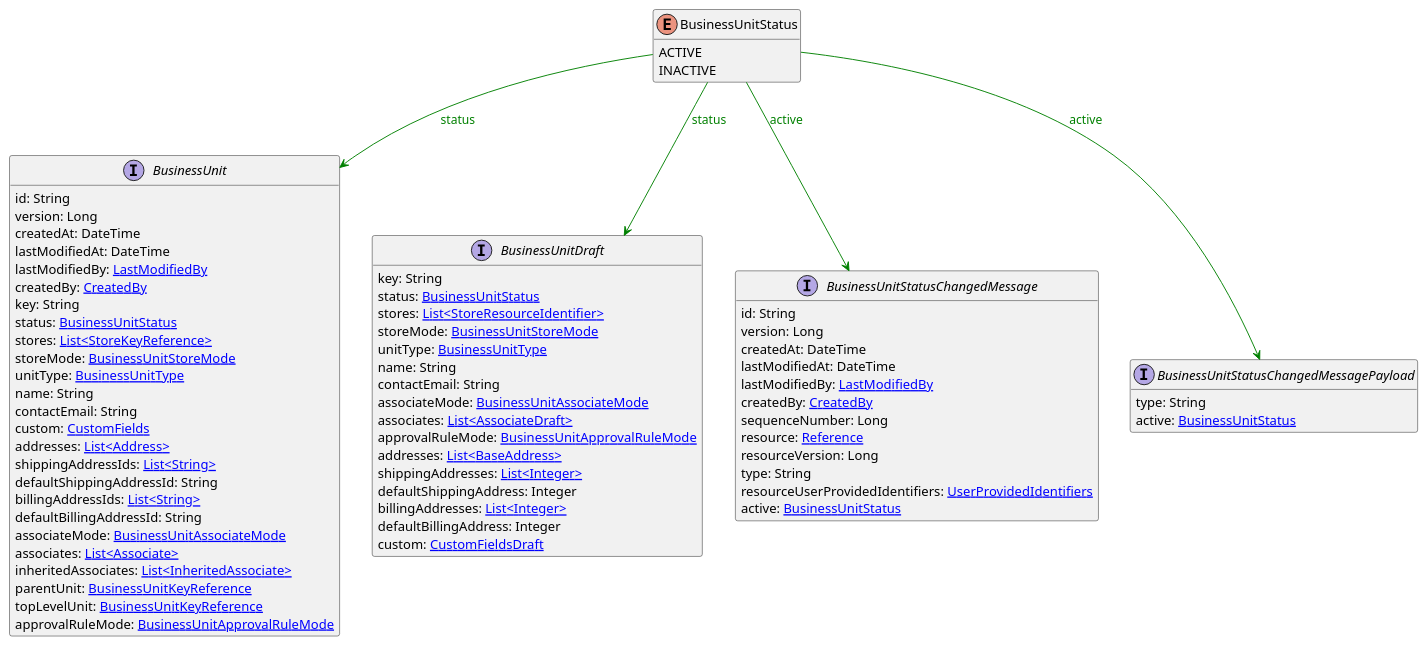
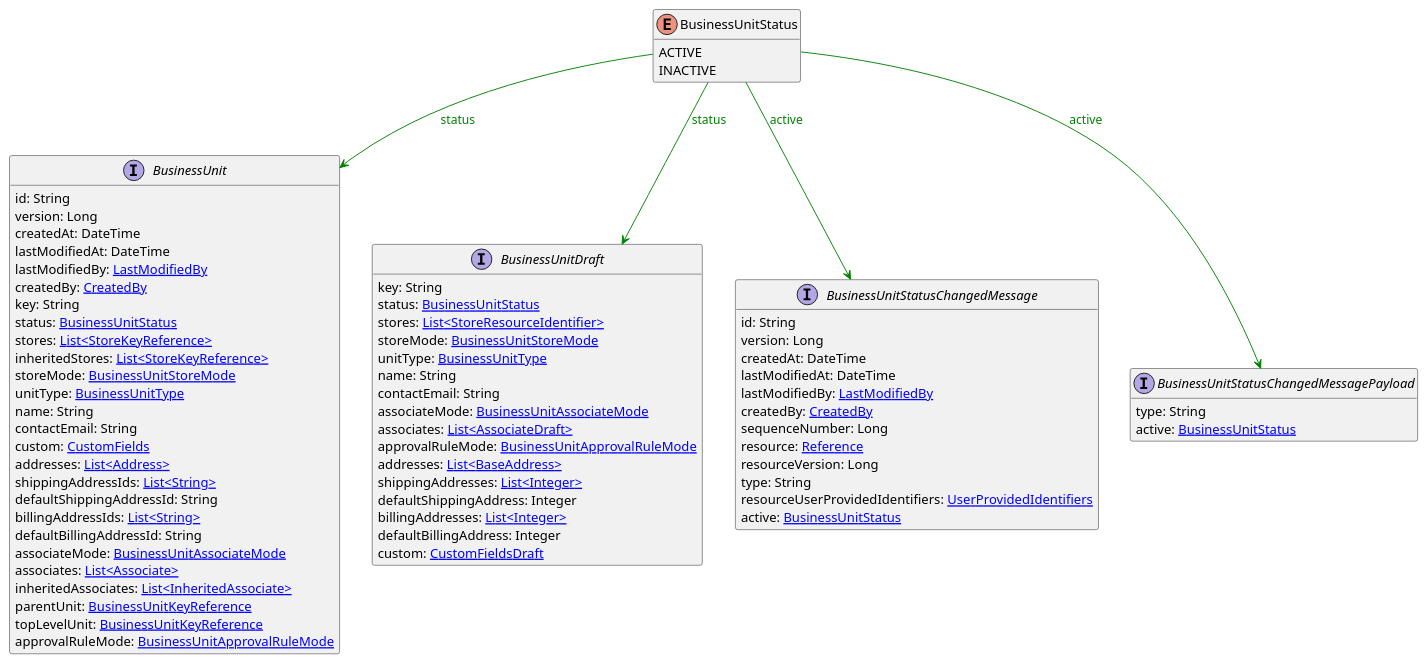
The diagram in uml/api/BusinessUnitStatus.puml (commercetools/commercetools-api-reference), drawn with PlantUML before and after one commit. The commit also changed 2009 other files, not shown here.

```diff
--- a/uml/api/BusinessUnitStatus.puml
+++ b/uml/api/BusinessUnitStatus.puml
@@ -1,75 +1,76 @@
 @startuml
 
 hide methods
 enum BusinessUnitStatus {
     ACTIVE
     INACTIVE
 }
 interface BusinessUnit [[BusinessUnit.svg]]  {
     id: String
     version: Long
     createdAt: DateTime
     lastModifiedAt: DateTime
     lastModifiedBy: [[LastModifiedBy.svg LastModifiedBy]]
     createdBy: [[CreatedBy.svg CreatedBy]]
     key: String
     status: [[BusinessUnitStatus.svg BusinessUnitStatus]]
     stores: [[StoreKeyReference.svg List<StoreKeyReference>]]
+    inheritedStores: [[StoreKeyReference.svg List<StoreKeyReference>]]
     storeMode: [[BusinessUnitStoreMode.svg BusinessUnitStoreMode]]
     unitType: [[BusinessUnitType.svg BusinessUnitType]]
     name: String
     contactEmail: String
     custom: [[CustomFields.svg CustomFields]]
     addresses: [[Address.svg List<Address>]]
     shippingAddressIds: [[String.svg List<String>]]
     defaultShippingAddressId: String
     billingAddressIds: [[String.svg List<String>]]
     defaultBillingAddressId: String
     associateMode: [[BusinessUnitAssociateMode.svg BusinessUnitAssociateMode]]
     associates: [[Associate.svg List<Associate>]]
     inheritedAssociates: [[InheritedAssociate.svg List<InheritedAssociate>]]
     parentUnit: [[BusinessUnitKeyReference.svg BusinessUnitKeyReference]]
     topLevelUnit: [[BusinessUnitKeyReference.svg BusinessUnitKeyReference]]
     approvalRuleMode: [[BusinessUnitApprovalRuleMode.svg BusinessUnitApprovalRuleMode]]
 }
 interface BusinessUnitDraft [[BusinessUnitDraft.svg]]  {
     key: String
     status: [[BusinessUnitStatus.svg BusinessUnitStatus]]
     stores: [[StoreResourceIdentifier.svg List<StoreResourceIdentifier>]]
     storeMode: [[BusinessUnitStoreMode.svg BusinessUnitStoreMode]]
     unitType: [[BusinessUnitType.svg BusinessUnitType]]
     name: String
     contactEmail: String
     associateMode: [[BusinessUnitAssociateMode.svg BusinessUnitAssociateMode]]
     associates: [[AssociateDraft.svg List<AssociateDraft>]]
     approvalRuleMode: [[BusinessUnitApprovalRuleMode.svg BusinessUnitApprovalRuleMode]]
     addresses: [[BaseAddress.svg List<BaseAddress>]]
     shippingAddresses: [[Integer.svg List<Integer>]]
     defaultShippingAddress: Integer
     billingAddresses: [[Integer.svg List<Integer>]]
     defaultBillingAddress: Integer
     custom: [[CustomFieldsDraft.svg CustomFieldsDraft]]
 }
 interface BusinessUnitStatusChangedMessage [[BusinessUnitStatusChangedMessage.svg]]  {
     id: String
     version: Long
     createdAt: DateTime
     lastModifiedAt: DateTime
     lastModifiedBy: [[LastModifiedBy.svg LastModifiedBy]]
     createdBy: [[CreatedBy.svg CreatedBy]]
     sequenceNumber: Long
     resource: [[Reference.svg Reference]]
     resourceVersion: Long
     type: String
     resourceUserProvidedIdentifiers: [[UserProvidedIdentifiers.svg UserProvidedIdentifiers]]
     active: [[BusinessUnitStatus.svg BusinessUnitStatus]]
 }
 interface BusinessUnitStatusChangedMessagePayload [[BusinessUnitStatusChangedMessagePayload.svg]]  {
     type: String
     active: [[BusinessUnitStatus.svg BusinessUnitStatus]]
 }
 BusinessUnitStatus --> BusinessUnit #green;text:green : "status"
 BusinessUnitStatus --> BusinessUnitDraft #green;text:green : "status"
 BusinessUnitStatus --> BusinessUnitStatusChangedMessage #green;text:green : "active"
 BusinessUnitStatus --> BusinessUnitStatusChangedMessagePayload #green;text:green : "active"
 @enduml
```
